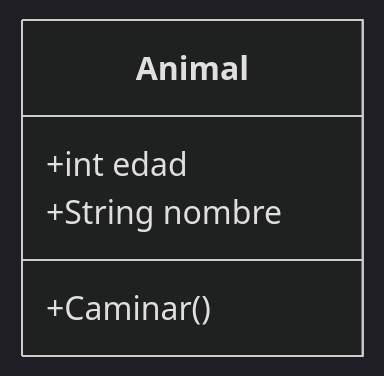
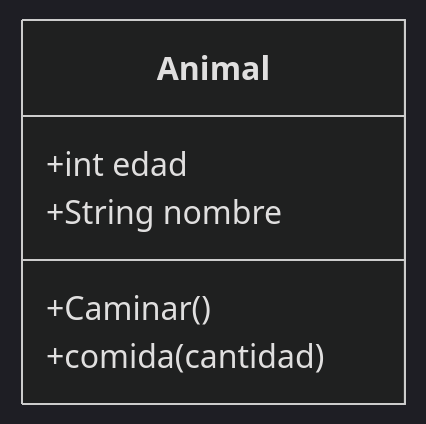
One commit to Riscanevo666/Diagrama-clases changed the diagram in README.md. Above: the diagram before and after it, drawn with Mermaid (dark theme).

Commit message:
Add comida method to Animal class in README

````diff
--- a/README.md
+++ b/README.md
@@ -2,8 +2,9 @@
 ```mermaid
  classDiagram
    class Animal
    Animal: +int edad
    Animal: +String nombre
    Animal: +Caminar() 
-    
+   Animal: +comida(cantidad) 
+ 
 ```
````
